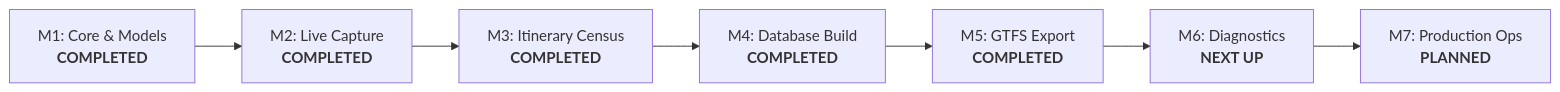
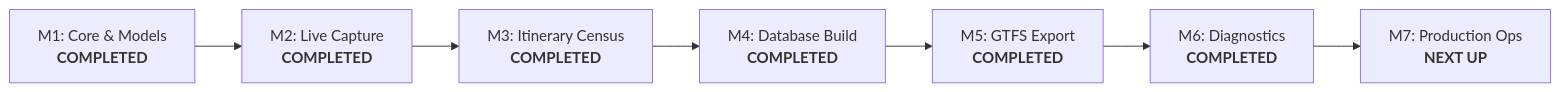
The diagram in docs/milestones.md (open-krl/pipeline), drawn with Mermaid before and after one commit. The commit also changed other lines of this file and 1 other file, not shown here.

Commit message:
docs(roadmap): update milestone 6 status in diagram and remove obsolete diff flags
Update Mermaid flowchart in milestones.md to reflect Milestone 6 as completed and Milestone 7 as next up.

Remove references to the obsolete --summary flag in design.md and milestones.md since summary is the default CLI output.

Generated with Antigravity

````diff
--- a/docs/milestones.md
+++ b/docs/milestones.md
@@ -9,9 +9,9 @@
 ```mermaid
 flowchart LR
     M1["M1: Core & Models<br/><b>COMPLETED</b>"] --> M2["M2: Live Capture<br/><b>COMPLETED</b>"]
     M2 --> M3["M3: Itinerary Census<br/><b>COMPLETED</b>"]
     M3 --> M4["M4: Database Build<br/><b>COMPLETED</b>"]
     M4 --> M5["M5: GTFS Export<br/><b>COMPLETED</b>"]
-    M5 --> M6["M6: Diagnostics<br/><b>NEXT UP</b>"]
-    M6 --> M7["M7: Production Ops<br/><b>PLANNED</b>"]
+    M5 --> M6["M6: Diagnostics<br/><b>COMPLETED</b>"]
+    M6 --> M7["M7: Production Ops<br/><b>NEXT UP</b>"]
 ```
````
